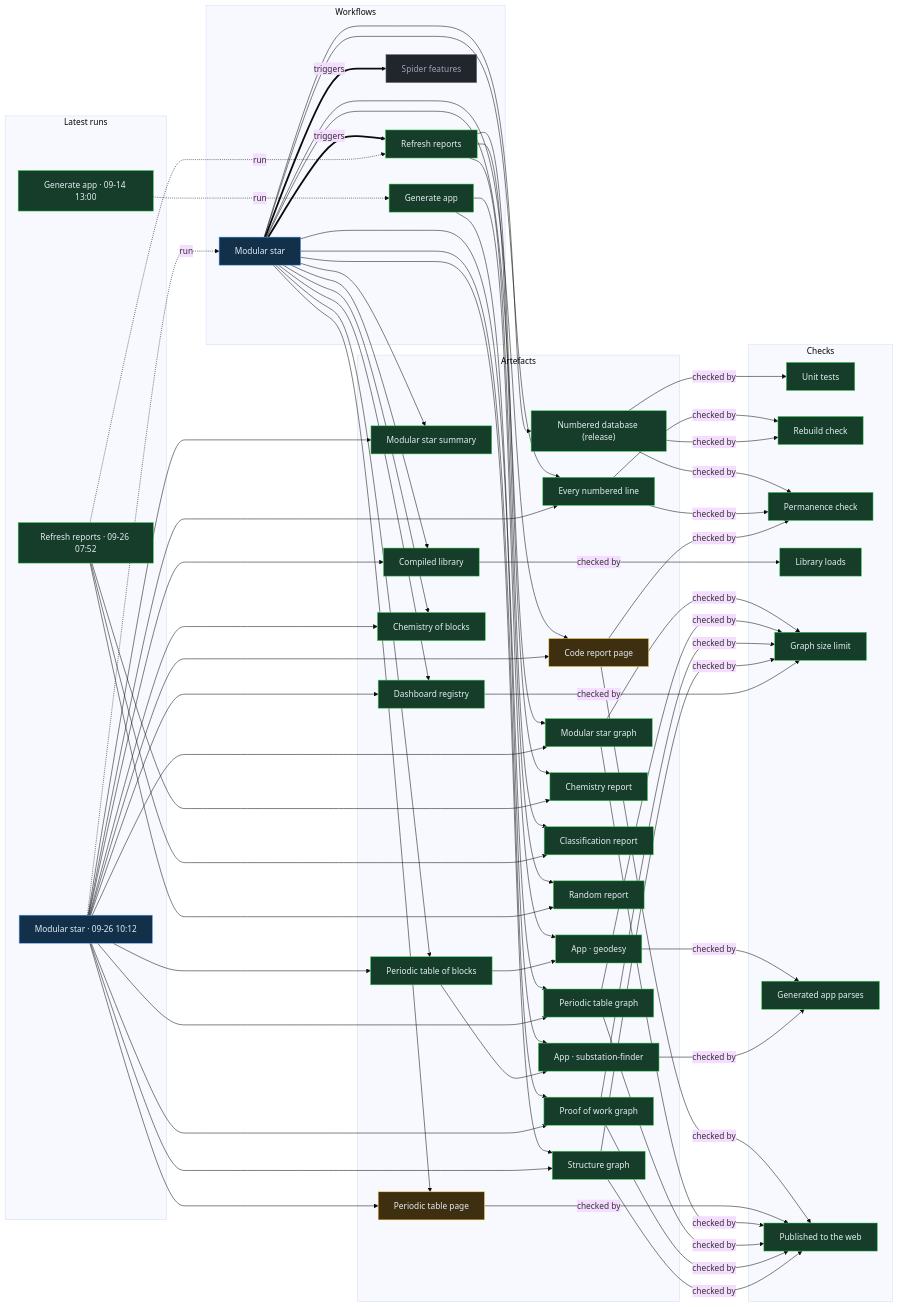
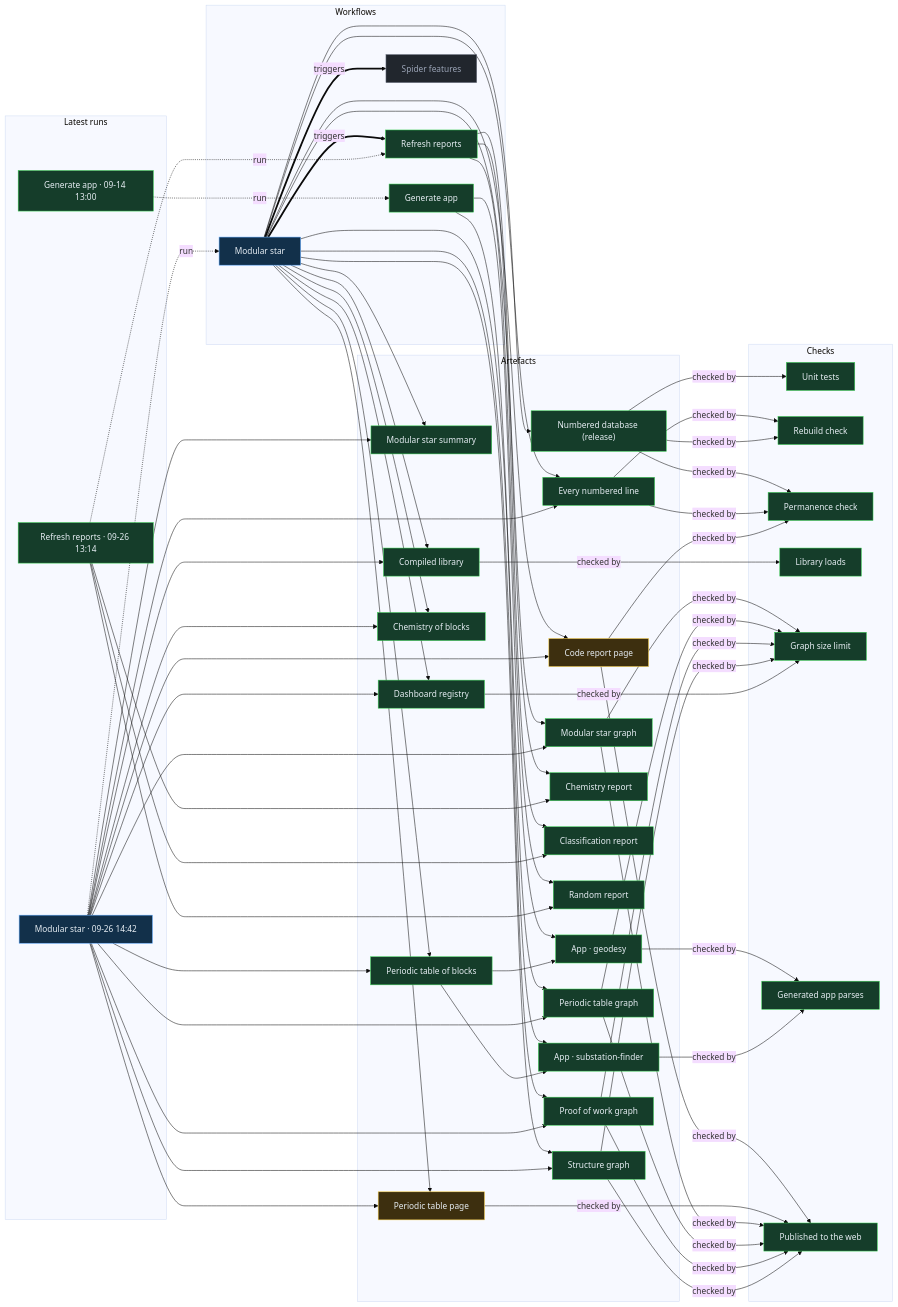
Before and after one commit to Ventusltd/stars: the diagram in proof/PROOF.md, drawn with Mermaid (base theme). The commit also changed other lines of this file and 130 other files, not shown here.

Commit message:
Modular star 2026-09-26T14:44Z

```diff
--- a/proof/PROOF.md
+++ b/proof/PROOF.md
@@ -24,8 +24,8 @@
   n_wf_spider_features["Spider features"]:::off
   end
   subgraph g_runs["Latest runs"]
-  n_run_36235088633["Modular star · 09-26 10:12"]:::live
-  n_run_36228082574["Refresh reports · 09-26 07:52"]:::ok
+  n_run_36249426987["Modular star · 09-26 14:42"]:::live
+  n_run_36244495910["Refresh reports · 09-26 13:14"]:::ok
   n_run_34846587798["Generate app · 09-14 13:00"]:::ok
   end
   subgraph g_artefacts["Artefacts"]
@@ -59,39 +59,39 @@
   end
   n_wf_modular_star == triggers ==> n_wf_refresh
   n_wf_modular_star == triggers ==> n_wf_spider_features
-  n_run_36235088633 -. run .-> n_wf_modular_star
-  n_run_36228082574 -. run .-> n_wf_refresh
+  n_run_36249426987 -. run .-> n_wf_modular_star
+  n_run_36244495910 -. run .-> n_wf_refresh
   n_run_34846587798 -. run .-> n_wf_generate
   n_wf_modular_star --> n_art_summary
-  n_run_36235088633 --> n_art_summary
+  n_run_36249426987 --> n_art_summary
   n_wf_modular_star --> n_art_lines
-  n_run_36235088633 --> n_art_lines
+  n_run_36249426987 --> n_art_lines
   n_wf_modular_star --> n_art_code
-  n_run_36235088633 --> n_art_code
+  n_run_36249426987 --> n_art_code
   n_wf_modular_star --> n_art_modular_graph
-  n_run_36235088633 --> n_art_modular_graph
+  n_run_36249426987 --> n_art_modular_graph
   n_wf_modular_star --> n_art_blocks
-  n_run_36235088633 --> n_art_blocks
+  n_run_36249426987 --> n_art_blocks
   n_wf_modular_star --> n_art_table
-  n_run_36235088633 --> n_art_table
+  n_run_36249426987 --> n_art_table
   n_wf_modular_star --> n_art_blocks_graph
-  n_run_36235088633 --> n_art_blocks_graph
+  n_run_36249426987 --> n_art_blocks_graph
   n_wf_modular_star --> n_art_reactions
-  n_run_36235088633 --> n_art_reactions
+  n_run_36249426987 --> n_art_reactions
   n_wf_modular_star --> n_art_library
-  n_run_36235088633 --> n_art_library
+  n_run_36249426987 --> n_art_library
   n_wf_modular_star --> n_art_features
-  n_run_36235088633 --> n_art_features
+  n_run_36249426987 --> n_art_features
   n_wf_modular_star --> n_art_proof
-  n_run_36235088633 --> n_art_proof
+  n_run_36249426987 --> n_art_proof
   n_wf_modular_star --> n_art_structure
-  n_run_36235088633 --> n_art_structure
+  n_run_36249426987 --> n_art_structure
   n_wf_refresh --> n_art_chemistry
-  n_run_36228082574 --> n_art_chemistry
+  n_run_36244495910 --> n_art_chemistry
   n_wf_refresh --> n_art_vedic
-  n_run_36228082574 --> n_art_vedic
+  n_run_36244495910 --> n_art_vedic
   n_wf_refresh --> n_art_random
-  n_run_36228082574 --> n_art_random
+  n_run_36244495910 --> n_art_random
   n_wf_modular_star --> n_art_release
   n_wf_generate --> n_app_geodesy
   n_art_blocks --> n_app_geodesy
```
